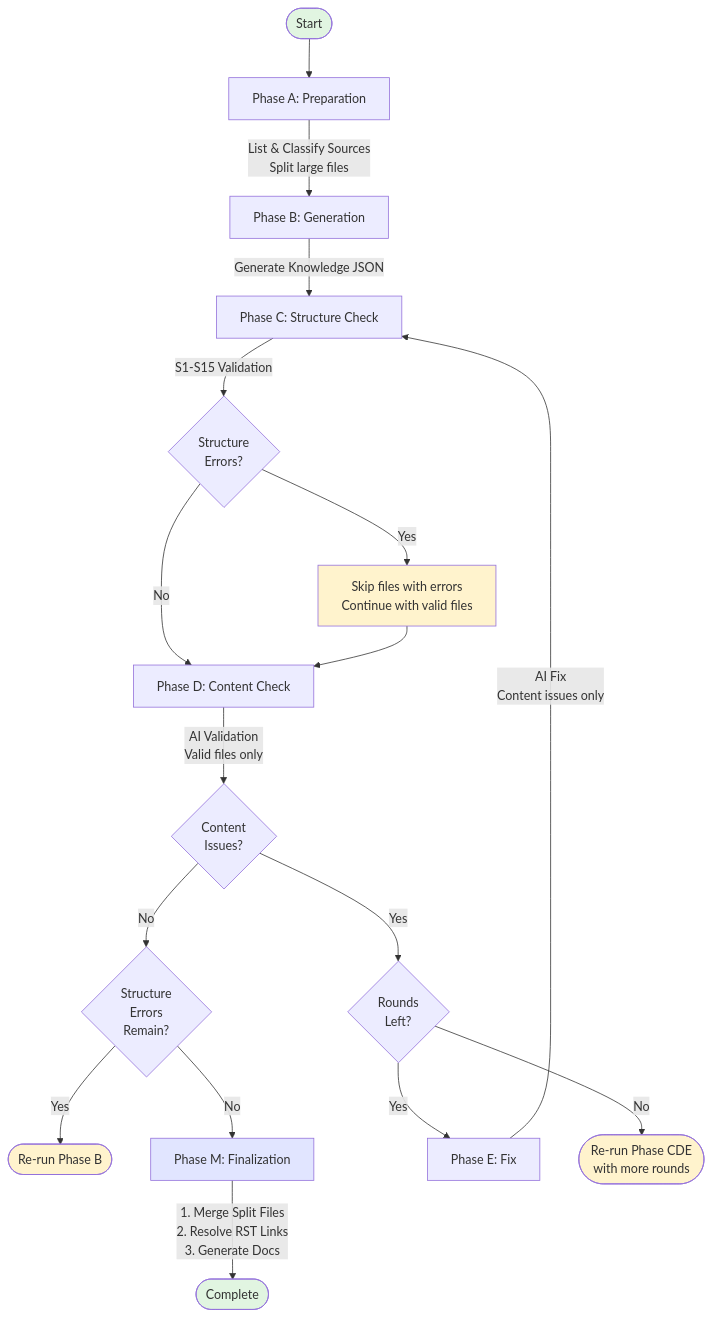
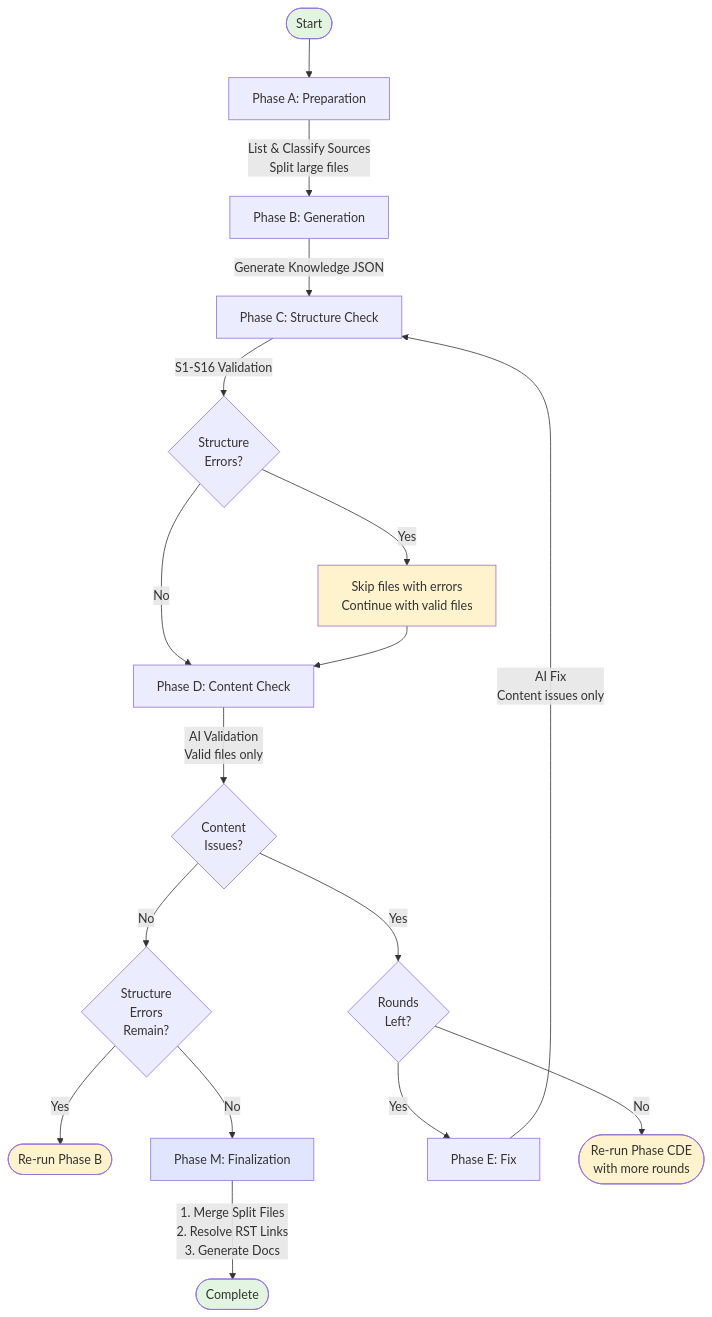
One commit to nablarch/nabledge-dev changed the diagram in tools/knowledge-creator/README.md. Above: the diagram before and after it, drawn with Mermaid. The commit also changed other lines of this file and 10 other files, not shown here.

````diff
--- a/tools/knowledge-creator/README.md
+++ b/tools/knowledge-creator/README.md
@@ -85,26 +85,26 @@
 ```mermaid
 flowchart TD
     Start([Start]) --> A[Phase A: Preparation]
     A --> |List & Classify Sources<br/>Split large files| B[Phase B: Generation]
     B --> |Generate Knowledge JSON| C[Phase C: Structure Check]
-    C --> |S1-S15 Validation| PassC{Structure<br/>Errors?}
+    C --> |S1-S16 Validation| PassC{Structure<br/>Errors?}
     PassC --> |Yes| StructWarn[Skip files with errors<br/>Continue with valid files]
     PassC --> |No| D[Phase D: Content Check]
     StructWarn --> D
     D --> |AI Validation<br/>Valid files only| PassD{Content<br/>Issues?}
     PassD --> |No| CheckStruct{Structure<br/>Errors<br/>Remain?}
     CheckStruct --> |Yes| RerunB([Re-run Phase B])
     CheckStruct --> |No| M[Phase M: Finalization]
     PassD --> |Yes| Round{Rounds<br/>Left?}
     Round --> |Yes| E[Phase E: Fix]
     Round --> |No| RerunCDE([Re-run Phase CDE<br/>with more rounds])
     E --> |AI Fix<br/>Content issues only| C
     M --> |1. Merge Split Files<br/>2. Resolve RST Links<br/>3. Generate Docs| Complete([Complete])
 
     style Start fill:#e1f5e1
     style Complete fill:#e1f5e1
     style RerunB fill:#fff3cd
     style RerunCDE fill:#fff3cd
     style StructWarn fill:#fff3cd
     style M fill:#e1e5ff
 ```
````
